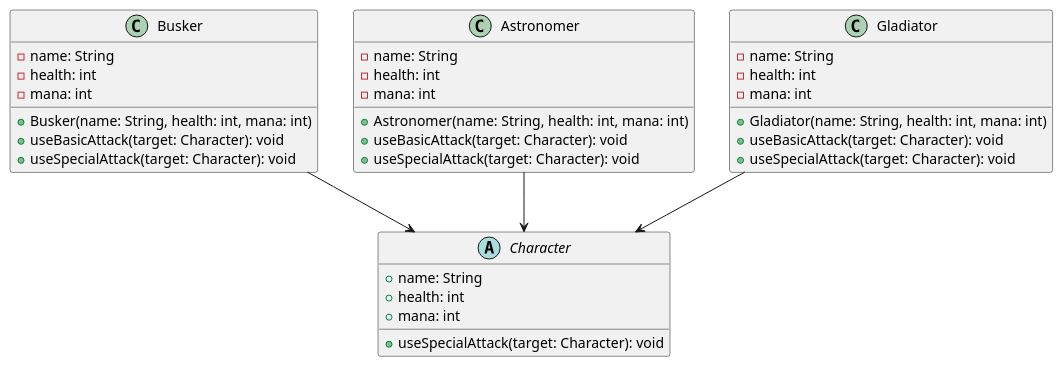
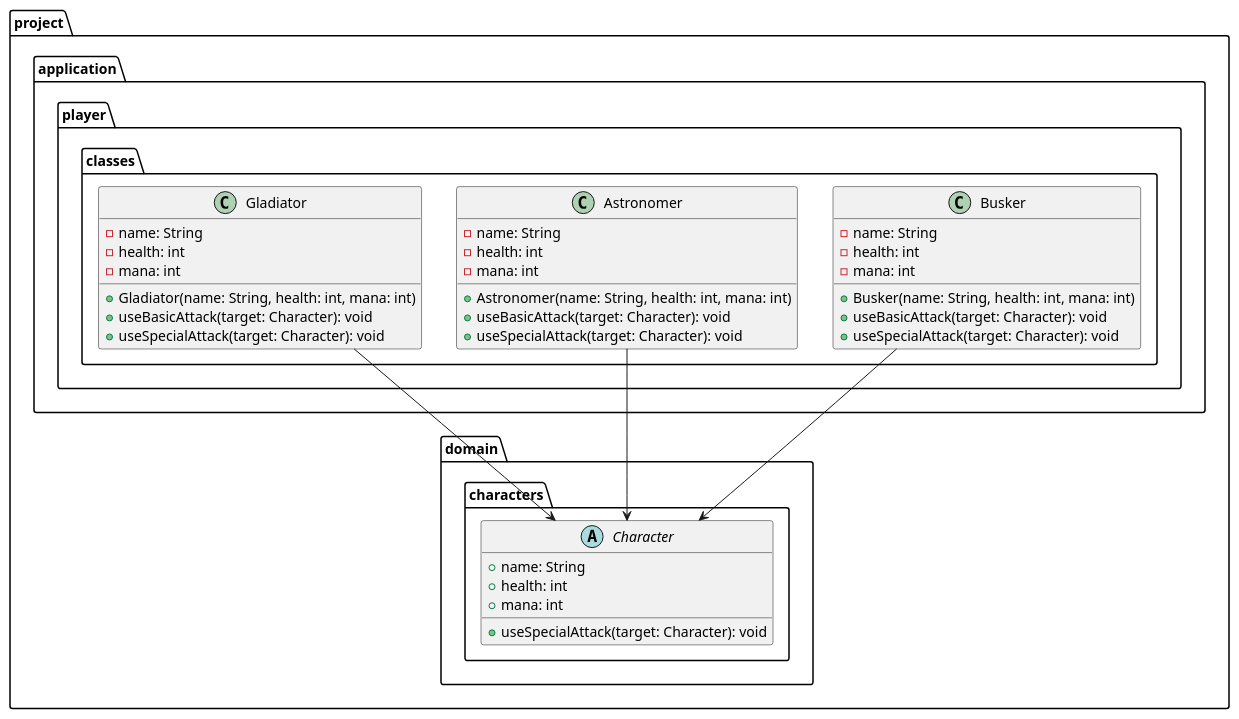
The diagram in _uml.diagrams/VorRefactoringDuplicatedCode.puml (MonikaG14/ase-textbased-rpg), drawn with PlantUML before and after one commit. The commit also changed 8 other files, not shown here.

Commit message:
add missing attribute, methods and constructors to the UML diagrams

```diff
--- a/_uml.diagrams/VorRefactoringDuplicatedCode.puml
+++ b/_uml.diagrams/VorRefactoringDuplicatedCode.puml
@@ -1,41 +1,45 @@
 @startuml
 
-class Busker {
-  - name: String
-  - health: int
-  - mana: int
-  + Busker(name: String, health: int, mana: int)
-  + useBasicAttack(target: Character): void
-  + useSpecialAttack(target: Character): void
+package project.application.player.classes {
+  class Busker {
+    - name: String
+    - health: int
+    - mana: int
+    + Busker(name: String, health: int, mana: int)
+    + useBasicAttack(target: Character): void
+    + useSpecialAttack(target: Character): void
+  }
+
+  class Astronomer {
+    - name: String
+    - health: int
+    - mana: int
+    + Astronomer(name: String, health: int, mana: int)
+    + useBasicAttack(target: Character): void
+    + useSpecialAttack(target: Character): void
+  }
+
+  class Gladiator {
+    - name: String
+    - health: int
+    - mana: int
+    + Gladiator(name: String, health: int, mana: int)
+    + useBasicAttack(target: Character): void
+    + useSpecialAttack(target: Character): void
+  }
 }
 
-class Astronomer {
-  - name: String
-  - health: int
-  - mana: int
-  + Astronomer(name: String, health: int, mana: int)
-  + useBasicAttack(target: Character): void
-  + useSpecialAttack(target: Character): void
-}
-
-class Gladiator {
-  - name: String
-  - health: int
-  - mana: int
-  + Gladiator(name: String, health: int, mana: int)
-  + useBasicAttack(target: Character): void
-  + useSpecialAttack(target: Character): void
-}
-
-abstract class Character {
-  + name: String
-  + health: int
-  + mana: int
-  + useSpecialAttack(target: Character): void
+package project.domain.characters {
+  abstract class Character {
+    + name: String
+    + health: int
+    + mana: int
+    + useSpecialAttack(target: Character): void
+  }
 }
 
 Busker --> Character
 Astronomer --> Character
 Gladiator --> Character
 
 @enduml
```
